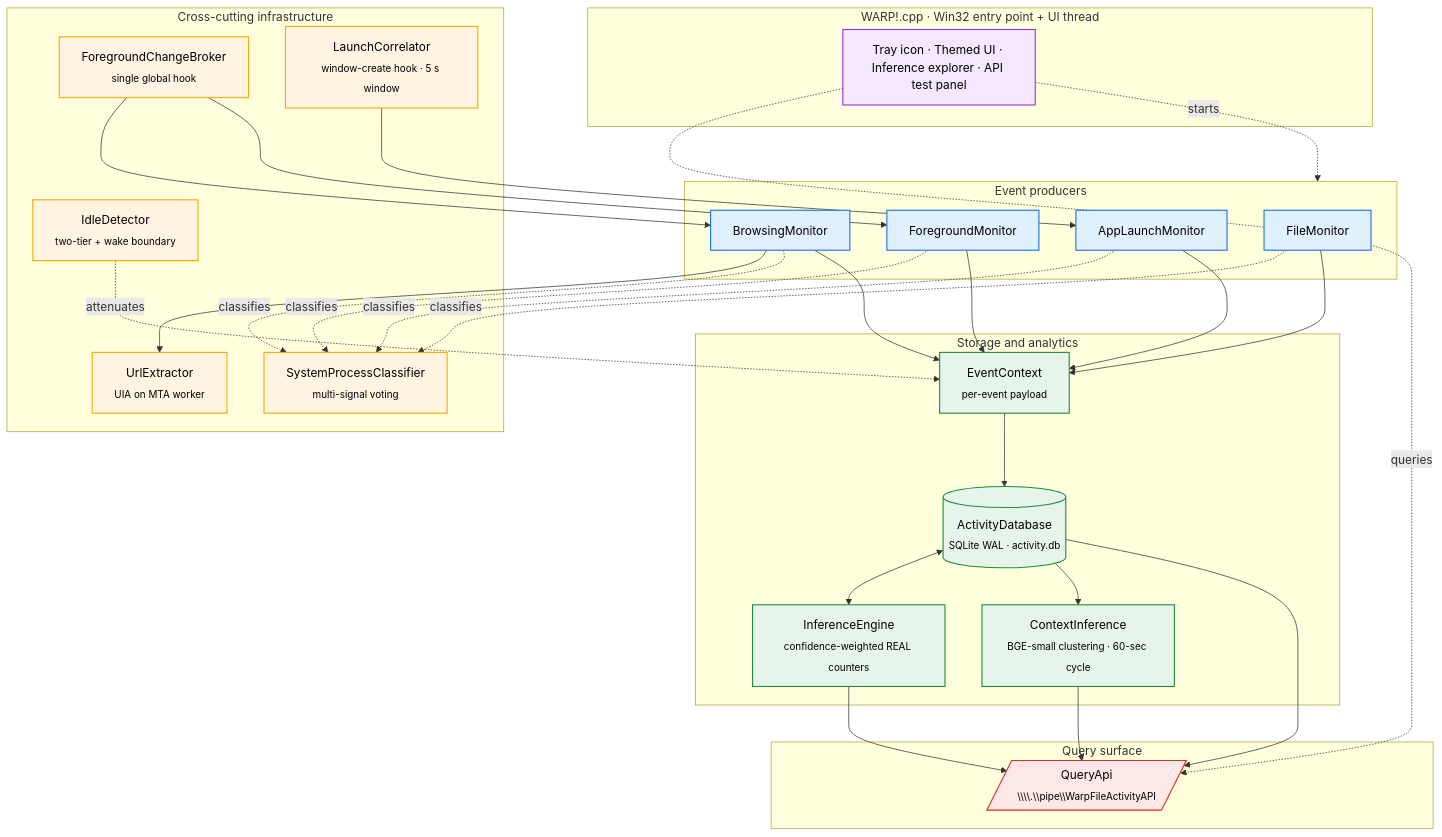
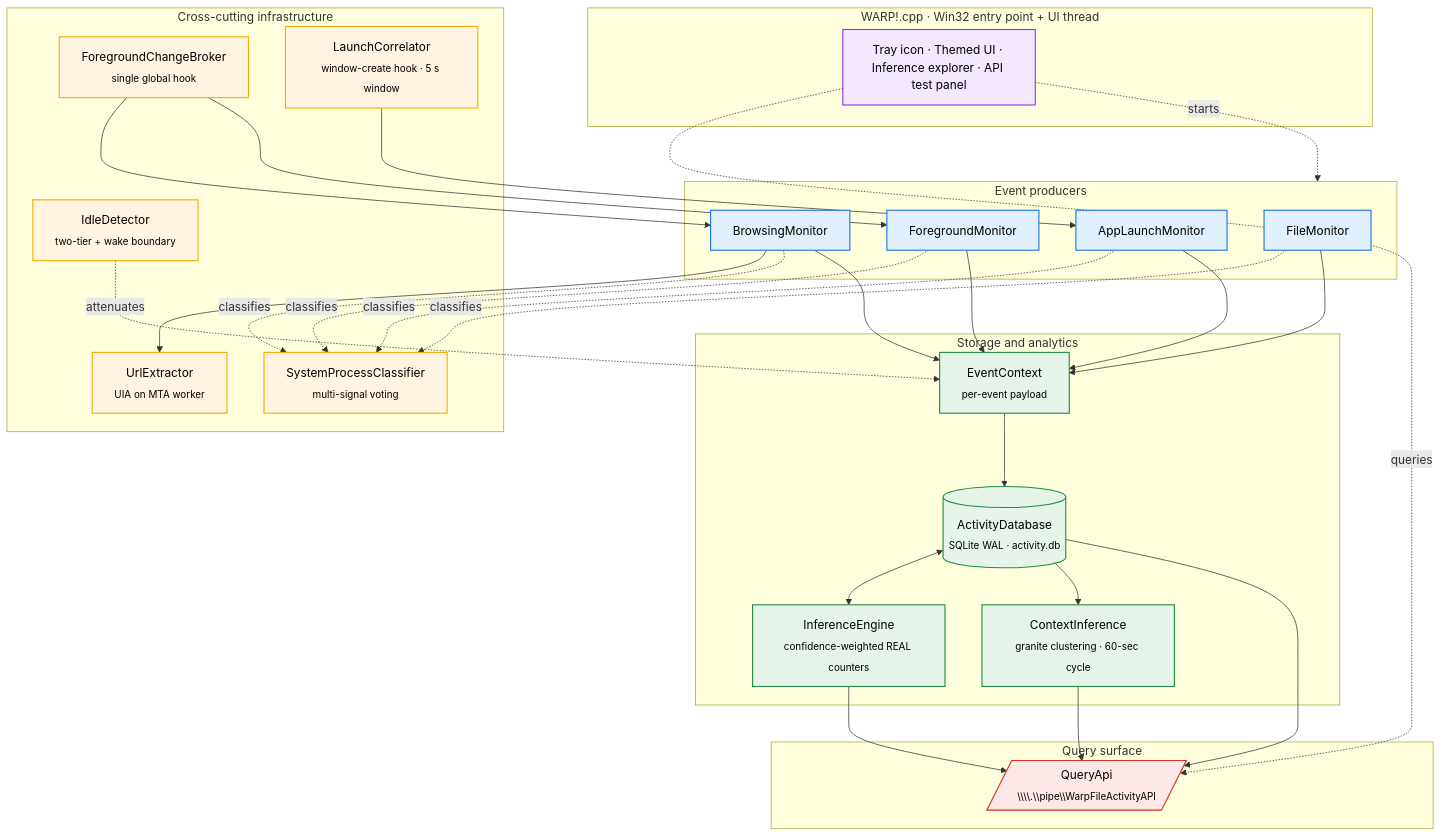
Before and after one commit to sumanthewhiz/WARP: the first of 5 diagrams in README.md, drawn with Mermaid. The commit also changed other lines of this file and 9 other files, not shown here.

````diff
--- a/README.md
+++ b/README.md
@@ -114,66 +114,66 @@
 ```mermaid
 flowchart TB
     classDef producer fill:#e1f0ff,stroke:#1a73e8,color:#000,stroke-width:1.5px
     classDef infra    fill:#fff4e1,stroke:#f9ab00,color:#000,stroke-width:1.5px
     classDef storage  fill:#e6f4ea,stroke:#1e8e3e,color:#000,stroke-width:1.5px
     classDef api      fill:#fce8e6,stroke:#d93025,color:#000,stroke-width:1.5px
     classDef ui       fill:#f3e8fd,stroke:#9334e6,color:#000,stroke-width:1.5px
 
     subgraph App ["WARP!.cpp · Win32 entry point + UI thread"]
         UI["Tray icon · Themed UI · Inference explorer · API test panel"]:::ui
     end
 
     subgraph Producers ["Event producers"]
         FM["FileMonitor"]:::producer
         ALM["AppLaunchMonitor"]:::producer
         BM["BrowsingMonitor"]:::producer
         FGM["ForegroundMonitor"]:::producer
     end
 
     subgraph Infra ["Cross-cutting infrastructure"]
         FCB["ForegroundChangeBroker<br/><sub>single global hook</sub>"]:::infra
         LC["LaunchCorrelator<br/><sub>window-create hook · 5 s window</sub>"]:::infra
         SPC["SystemProcessClassifier<br/><sub>multi-signal voting</sub>"]:::infra
         UE["UrlExtractor<br/><sub>UIA on MTA worker</sub>"]:::infra
         ID["IdleDetector<br/><sub>two-tier + wake boundary</sub>"]:::infra
     end
 
     subgraph Storage ["Storage and analytics"]
         EC["EventContext<br/><sub>per-event payload</sub>"]:::storage
         DB[("ActivityDatabase<br/><sub>SQLite WAL · activity.db</sub>")]:::storage
         IE["InferenceEngine<br/><sub>confidence-weighted REAL counters</sub>"]:::storage
-        TI["ContextInference<br/><sub>BGE-small clustering · 60-sec cycle</sub>"]:::storage
+        TI["ContextInference<br/><sub>granite clustering · 60-sec cycle</sub>"]:::storage
     end
 
     subgraph QueryLayer ["Query surface"]
         API[/"QueryApi<br/><sub>\\\\.\\pipe\\WarpFileActivityAPI</sub>"/]:::api
     end
 
     UI -. starts .-> Producers
     UI -. queries .-> API
 
     FCB --> BM
     FCB --> FGM
     LC  --> ALM
     BM  --> UE
 
     FM  -. classifies .-> SPC
     ALM -. classifies .-> SPC
     BM  -. classifies .-> SPC
     FGM -. classifies .-> SPC
 
     ID -. attenuates .-> EC
 
     FM  --> EC
     ALM --> EC
     BM  --> EC
     FGM --> EC
 
     EC --> DB
     DB <--> IE
     DB --> TI
 
     IE --> API
     DB --> API
     TI --> API
 ```
````
